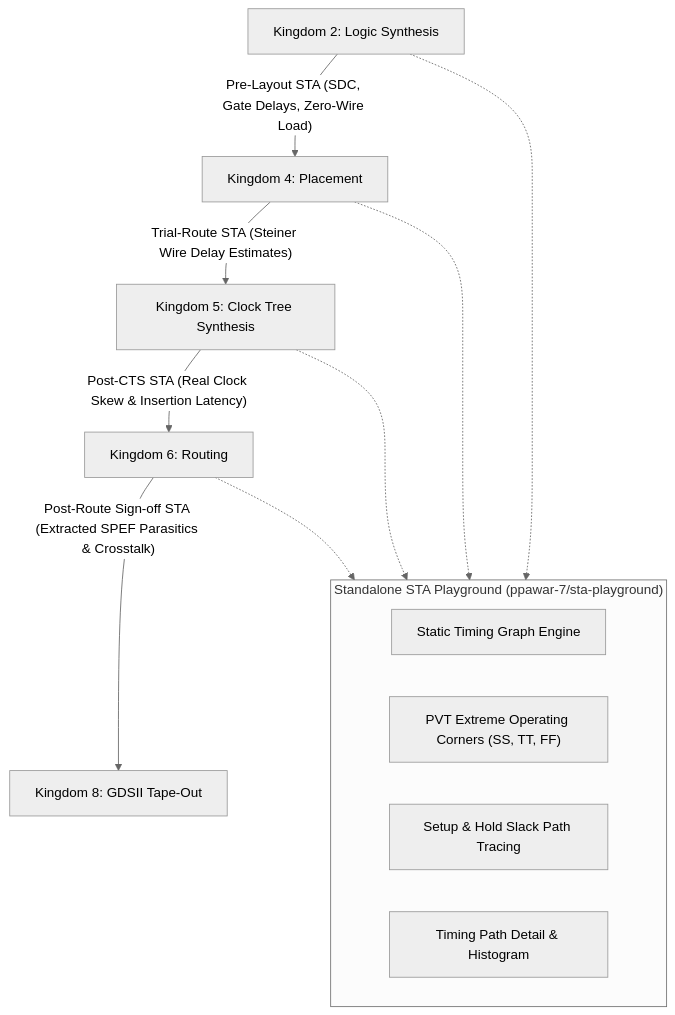
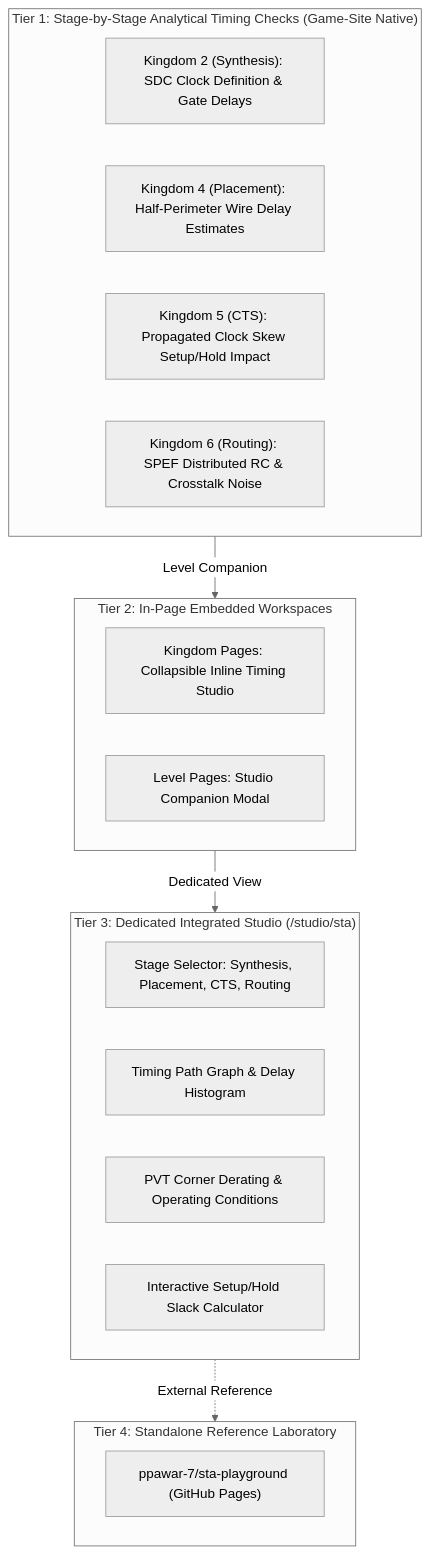
One commit to ppawar-7/cts-studio-preview changed the diagram in STA_INTEGRATION.md. Above: the diagram before and after it, drawn with Mermaid (neutral theme). The commit also changed other lines of this file and 59 other files, not shown here.

Commit message:
feat: native offline studio embedding, student design sanity checks, and 26-check verification matrix

````diff
--- a/STA_INTEGRATION.md
+++ b/STA_INTEGRATION.md
@@ -22,19 +22,29 @@
 ```mermaid
 flowchart TD
-    Syn["Kingdom 2: Logic Synthesis"] -->|"Pre-Layout STA (SDC, Gate Delays, Zero-Wire Load)"| PL["Kingdom 4: Placement"]
-    PL -->|"Trial-Route STA (Steiner Wire Delay Estimates)"| CTS["Kingdom 5: Clock Tree Synthesis"]
-    CTS -->|"Post-CTS STA (Real Clock Skew & Insertion Latency)"| RT["Kingdom 6: Routing"]
-    RT -->|"Post-Route Sign-off STA (Extracted SPEF Parasitics & Crosstalk)"| GDS["Kingdom 8: GDSII Tape-Out"]
-    
-    subgraph STA_Studio ["Standalone STA Playground (ppawar-7/sta-playground)"]
-        Graph["Static Timing Graph Engine"]
-        Corners["PVT Extreme Operating Corners (SS, TT, FF)"]
-        Slack["Setup & Hold Slack Path Tracing"]
-        Reports["Timing Path Detail & Histogram"]
+    subgraph Tier1 ["Tier 1: Stage-by-Stage Analytical Timing Checks (Game-Site Native)"]
+        Syn["Kingdom 2 (Synthesis): SDC Clock Definition & Gate Delays"]
+        Pl["Kingdom 4 (Placement): Half-Perimeter Wire Delay Estimates"]
+        Cts["Kingdom 5 (CTS): Propagated Clock Skew Setup/Hold Impact"]
+        Rt["Kingdom 6 (Routing): SPEF Distributed RC & Crosstalk Noise"]
     end
 
-    Syn -.-> STA_Studio
-    PL -.-> STA_Studio
-    CTS -.-> STA_Studio
-    RT -.-> STA_Studio
+    subgraph Tier2 ["Tier 2: In-Page Embedded Workspaces"]
+        InlineK["Kingdom Pages: Collapsible Inline Timing Studio"]
+        ModalL["Level Pages: Studio Companion Modal"]
+    end
+
+    subgraph Tier3 ["Tier 3: Dedicated Integrated Studio (/studio/sta)"]
+        G1["Stage Selector: Synthesis, Placement, CTS, Routing"]
+        G2["Timing Path Graph & Delay Histogram"]
+        G3["PVT Corner Derating & Operating Conditions"]
+        G4["Interactive Setup/Hold Slack Calculator"]
+    end
+
+    subgraph Tier4 ["Tier 4: Standalone Reference Laboratory"]
+        Ext["ppawar-7/sta-playground (GitHub Pages)"]
+    end
+
+    Tier1 -->|"Level Companion"| Tier2
+    Tier2 -->|"Dedicated View"| Tier3
+    Tier3 -.->|"External Reference"| Tier4
 ```
````
